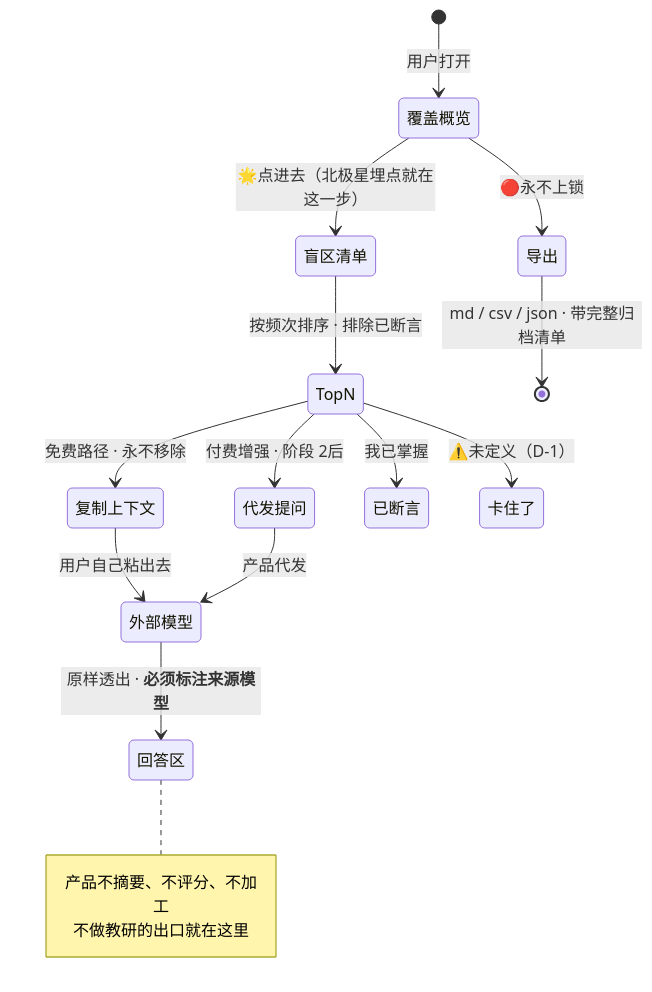
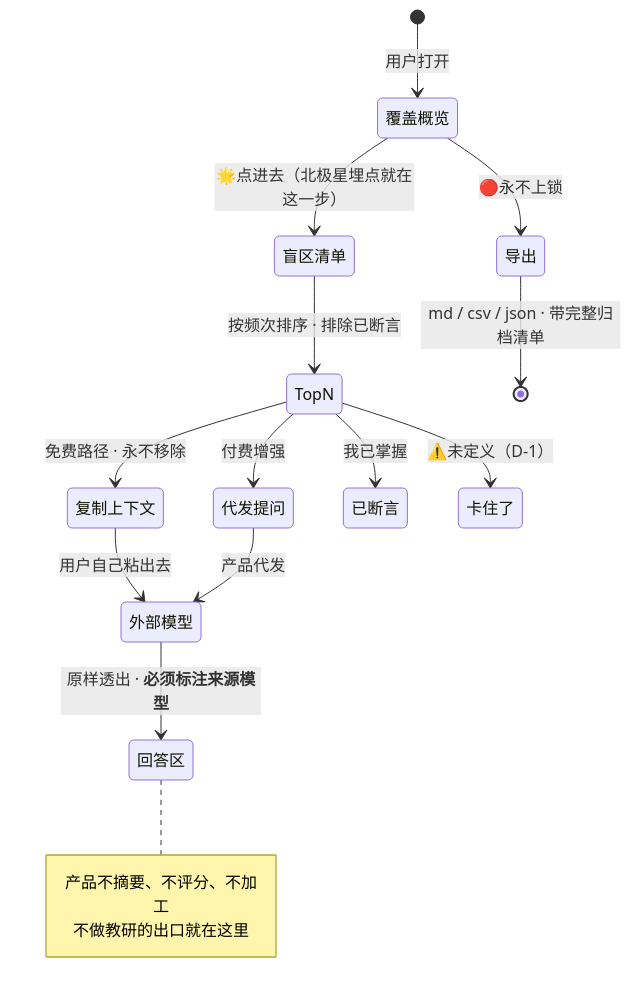
One commit to chenyuanjin/kubic changed the first of 2 diagrams in docs/product/modules/模块E-出口层.md. Above: the diagram before and after it, drawn with Mermaid. The commit also changed other lines of this file and 29 other files, not shown here.

````diff
--- a/docs/product/modules/模块E-出口层.md
+++ b/docs/product/modules/模块E-出口层.md
@@ -88,23 +88,23 @@
 ```mermaid
 stateDiagram-v2
     [*] --> 覆盖概览: 用户打开
     覆盖概览 --> 盲区清单: 🌟点进去（北极星埋点就在这一步）
     盲区清单 --> TopN: 按频次排序 · 排除已断言
 
     TopN --> 复制上下文: 免费路径 · 永不移除
-    TopN --> 代发提问: 付费增强 · 阶段 2后
+    TopN --> 代发提问: 付费增强
     TopN --> 已断言: 我已掌握
     TopN --> 卡住了: ⚠️未定义（D-1）
 
     复制上下文 --> 外部模型: 用户自己粘出去
     代发提问 --> 外部模型: 产品代发
     外部模型 --> 回答区: 原样透出 · <b>必须标注来源模型</b>
 
     覆盖概览 --> 导出: 🔴永不上锁
     导出 --> [*]: md / csv / json · 带完整归档清单
 
     note right of 回答区
         产品不摘要、不评分、不加工
         不做教研的出口就在这里
     end note
 ```
````
